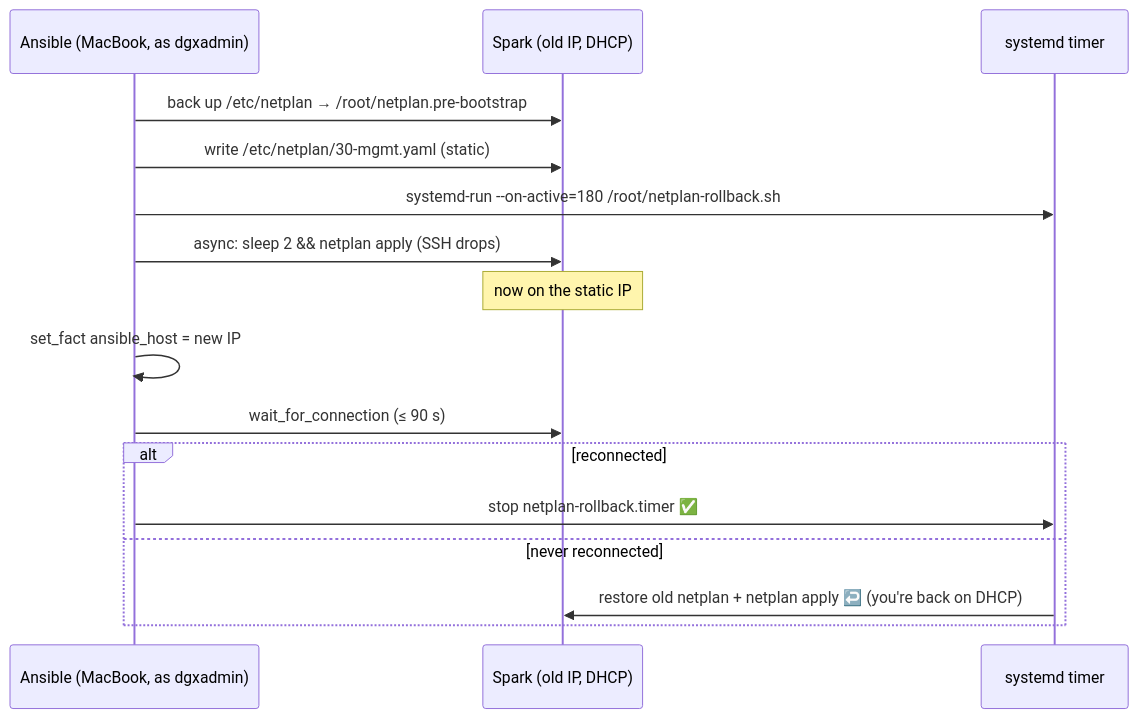
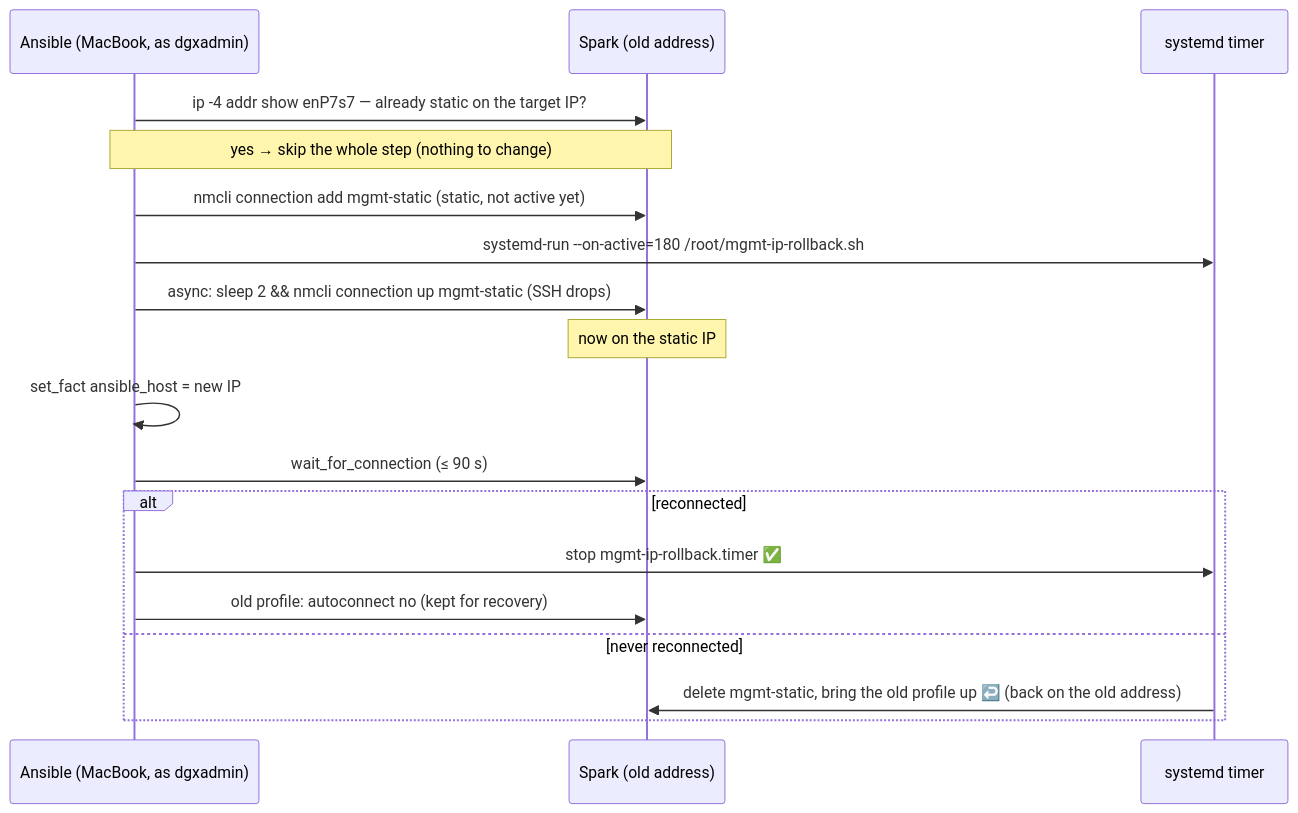
The third of 4 diagrams in 01-Ansible/03-bare-metal-provisioning-and-bootstrap.md (cloudone365/technical-depth), drawn with Mermaid before and after one commit. The commit also changed other lines of this file and 2 other files, not shown here.

First line of the commit message:
03.1-bootstrap: static IP through NetworkManager on DGX OS; skip when already static

````diff
--- a/01-Ansible/03-bare-metal-provisioning-and-bootstrap.md
+++ b/01-Ansible/03-bare-metal-provisioning-and-bootstrap.md
@@ -65,18 +65,20 @@
 ```mermaid
 sequenceDiagram
   participant A as Ansible (MacBook, as dgxadmin)
-  participant S as Spark (old IP, DHCP)
+  participant S as Spark (old address)
   participant T as systemd timer
-  A->>S: back up /etc/netplan → /root/netplan.pre-bootstrap
-  A->>S: write /etc/netplan/30-mgmt.yaml (static)
-  A->>T: systemd-run --on-active=180 /root/netplan-rollback.sh
-  A->>S: async: sleep 2 && netplan apply   (SSH drops)
+  A->>S: ip -4 addr show enP7s7 — already static on the target IP?
+  Note over A,S: yes → skip the whole step (nothing to change)
+  A->>S: nmcli connection add mgmt-static (static, not active yet)
+  A->>T: systemd-run --on-active=180 /root/mgmt-ip-rollback.sh
+  A->>S: async: sleep 2 && nmcli connection up mgmt-static   (SSH drops)
   Note over S: now on the static IP
   A->>A: set_fact ansible_host = new IP
   A->>S: wait_for_connection (≤ 90 s)
   alt reconnected
-    A->>T: stop netplan-rollback.timer  ✅
+    A->>T: stop mgmt-ip-rollback.timer  ✅
+    A->>S: old profile: autoconnect no (kept for recovery)
   else never reconnected
-    T->>S: restore old netplan + netplan apply  ↩️ (you're back on DHCP)
+    T->>S: delete mgmt-static, bring the old profile up  ↩️ (back on the old address)
   end
 ```
````
